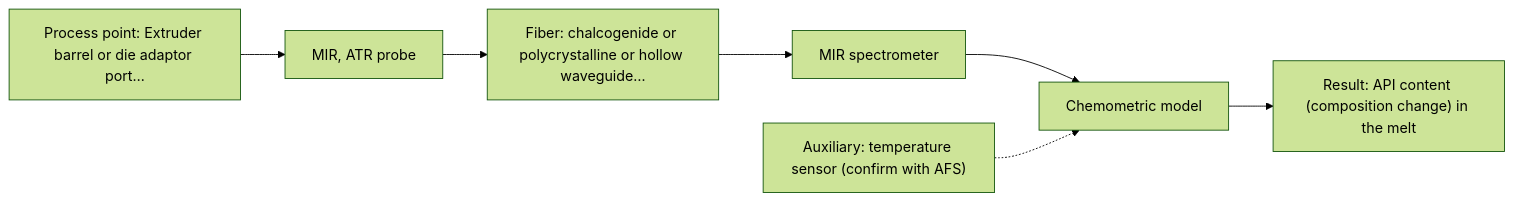
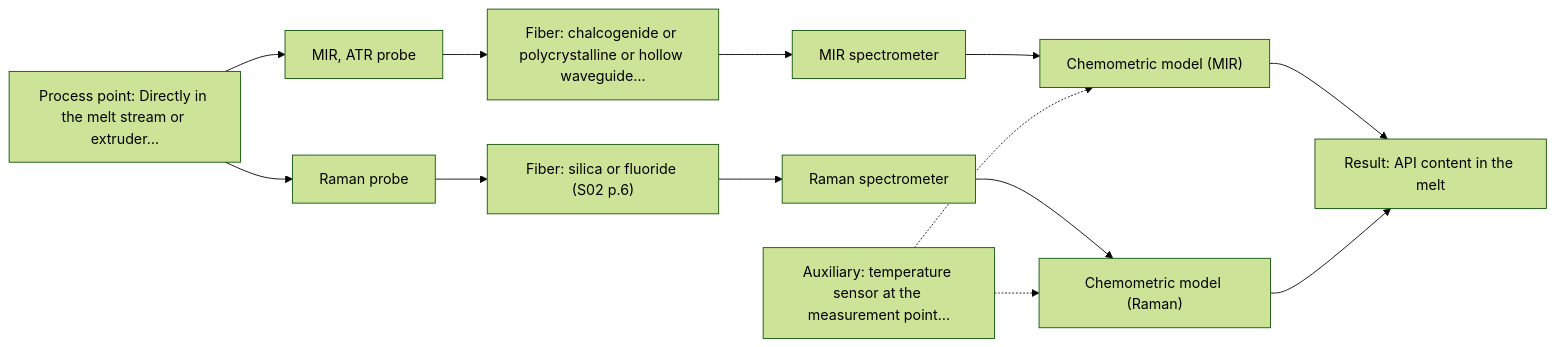
One commit to sleipnir029/Afs-Spectroscopy-Assistant changed the first of 2 diagrams in outputs/dev/D07.md. Above: the diagram before and after it, drawn with Mermaid (forest theme). The commit also changed other lines of this file and 15 other files, not shown here.

Commit message:
Phase 4 dev outputs (--external=live, code f6538ee): 8/8 pass, 0 hard failures, 227/227 citations, replay 8/8 equal, 15/15 charts, 8/8 cost

````diff
--- a/outputs/dev/D07.md
+++ b/outputs/dev/D07.md
@@ -36,16 +38,26 @@
 ```mermaid
 flowchart LR
-    proc["Process point: Extruder barrel or die adaptor port…"]
+    proc["Process point: Directly in the melt stream or extruder…"]
     probe1["MIR, ATR probe"]
     fiber1["Fiber: chalcogenide or polycrystalline or hollow waveguide…"]
     spec1["MIR spectrometer"]
-    model["Chemometric model"]
-    result["Result: API content (composition change) in the melt"]
-    aux1["Auxiliary: temperature sensor (confirm with AFS)"]
+    model1["Chemometric model (MIR)"]
+    probe2["Raman probe"]
+    fiber2["Fiber: silica or fluoride (S02 p.6)"]
+    spec2["Raman spectrometer"]
+    model2["Chemometric model (Raman)"]
+    result["Result: API content in the melt"]
+    aux1["Auxiliary: temperature sensor at the measurement point…"]
     proc --> probe1
     probe1 --> fiber1
     fiber1 --> spec1
-    spec1 --> model
-    model --> result
-    aux1 -.-> model
+    spec1 --> model1
+    proc --> probe2
+    probe2 --> fiber2
+    fiber2 --> spec2
+    spec2 --> model2
+    model1 --> result
+    model2 --> result
+    aux1 -.-> model1
+    aux1 -.-> model2
 ```
````
